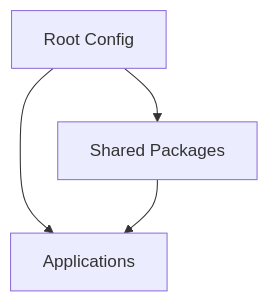
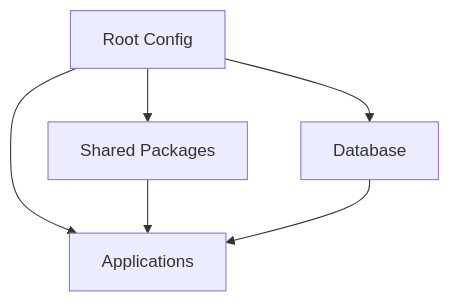
The diagram in memory-bank/systemPatterns.md (sikka-software/Tanad), drawn with Mermaid before and after one commit. The commit also changed other lines of this file and 4 other files, not shown here.

````diff
--- a/memory-bank/systemPatterns.md
+++ b/memory-bank/systemPatterns.md
@@ -34,6 +55,8 @@
 ```mermaid
 graph TD
     Root[Root Config] --> Apps[Applications]
     Root --> Packages[Shared Packages]
+    Root --> DB[Database]
     Packages --> Apps
+    DB --> Apps
 ```
````
